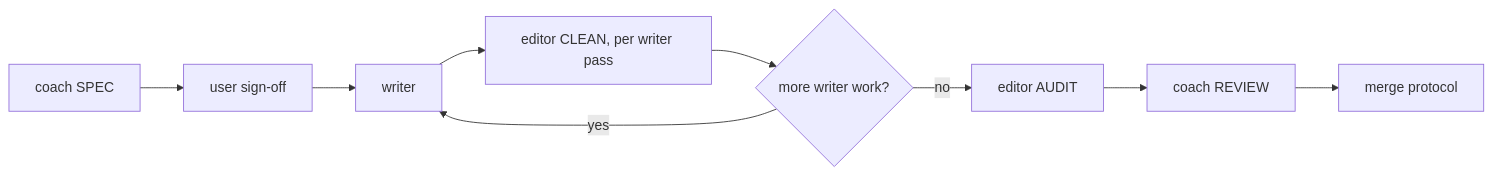
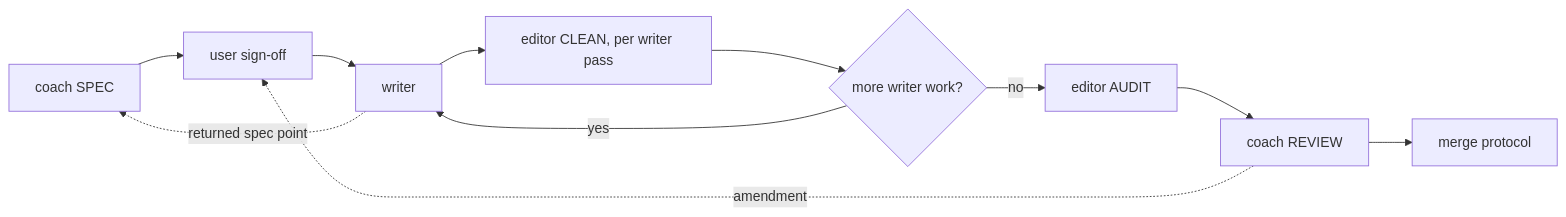
Before and after one commit to DetweilerRyan/gol: the third of 3 diagrams in .claude/references/pipelines.md, drawn with Mermaid. The commit also changed other lines of this file and 2 other files, not shown here.

First line of the commit message:
name-the-spec-amendment-and-the-in-cycle-fix-rule: land the spec amendment and in-cycle fix rules

````diff
--- a/.claude/references/pipelines.md
+++ b/.claude/references/pipelines.md
@@ -141,11 +141,13 @@
 ```mermaid
 flowchart LR
   A[coach SPEC] --> U[user sign-off]
   U --> W[writer]
   W --> X[editor CLEAN, per writer pass]
   X --> Y{more writer work?}
   Y -->|yes| W
   Y -->|no| Z[editor AUDIT]
   Z --> R[coach REVIEW]
   R --> G[merge protocol]
+  W -.->|returned spec point| A
+  R -.->|amendment| U
 ```
````
